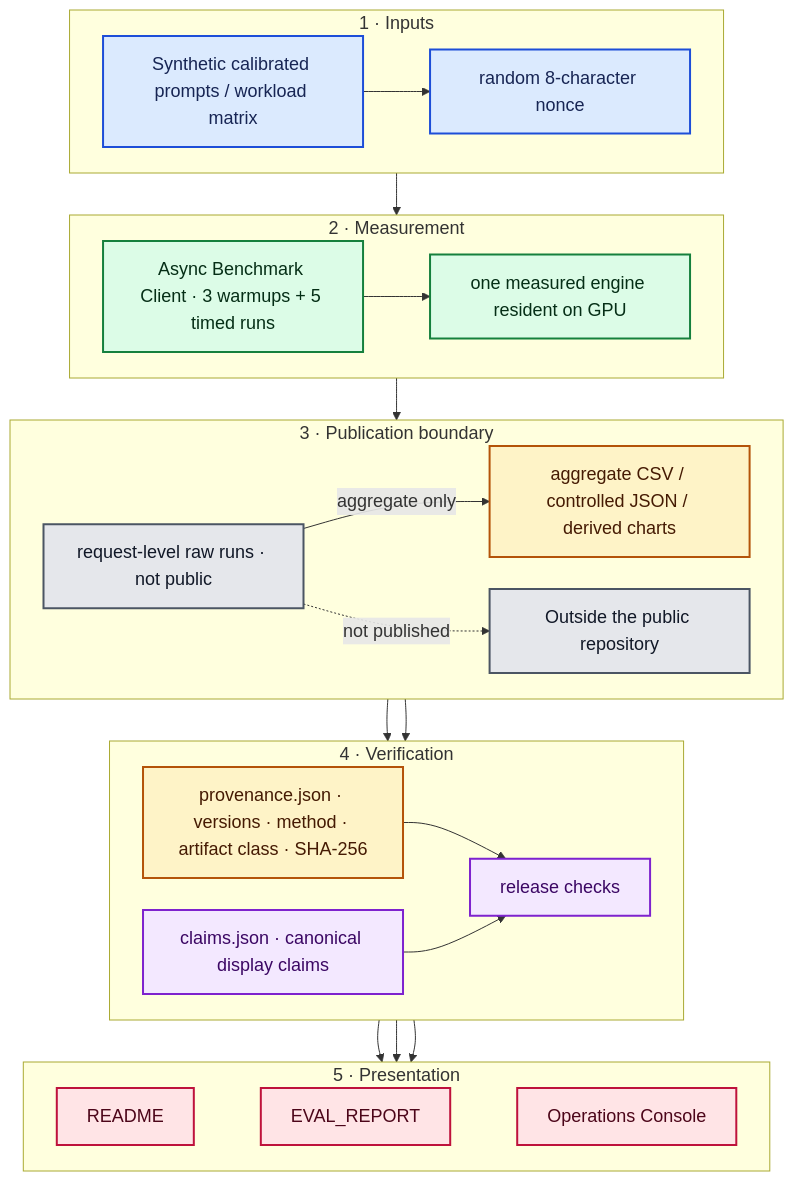
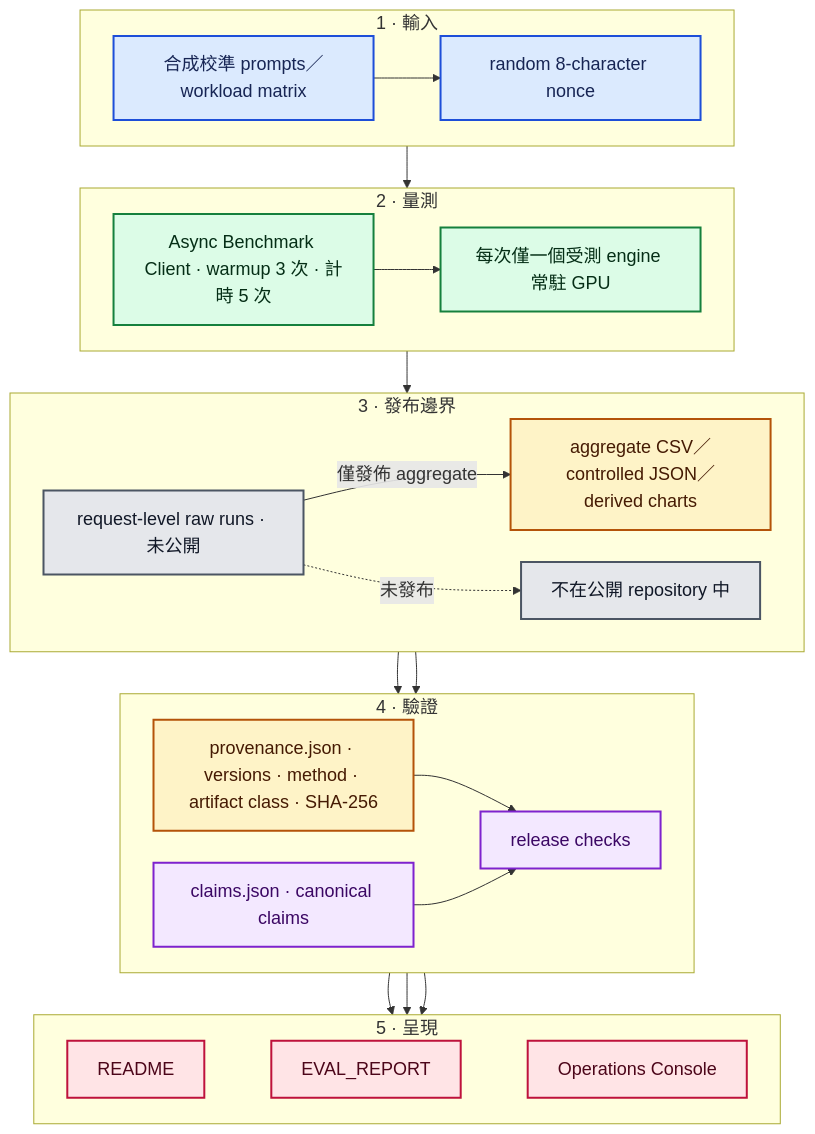
Before and after one commit to kuotunyu/local-inference-bench-gateway: the third of 3 diagrams in README.md, drawn with Mermaid. The commit also changed other lines of this file and 1 other file, not shown here.

Commit message:
docs: localize README diagrams

````diff
--- a/README.md
+++ b/README.md
@@ -115,64 +114,64 @@
 ```mermaid
 %%{init: {"themeVariables": {"fontSize": "18px"}, "flowchart": {"nodeSpacing": 32, "rankSpacing": 42}}}%%
 flowchart TB
-    subgraph Inputs["1 · Inputs"]
+    subgraph Inputs["1 · 輸入"]
         direction LR
-        Workload["Synthetic calibrated prompts / workload matrix"]
+        Workload["合成校準 prompts／workload matrix"]
         Nonce["random 8-character nonce"]
         Workload --> Nonce
     end
 
-    subgraph Measurement["2 · Measurement"]
+    subgraph Measurement["2 · 量測"]
         direction LR
-        Client["Async Benchmark Client · 3 warmups + 5 timed runs"]
-        Resident["one measured engine resident on GPU"]
+        Client["Async Benchmark Client · warmup 3 次 · 計時 5 次"]
+        Resident["每次僅一個受測 engine 常駐 GPU"]
         Client --> Resident
     end
 
-    subgraph Boundary["3 · Publication boundary"]
+    subgraph Boundary["3 · 發布邊界"]
         direction LR
-        Raw["request-level raw runs · not public"]
-        Aggregate["aggregate CSV / controlled JSON / derived charts"]
-        Private["Outside the public repository"]
-        Raw -->|"aggregate only"| Aggregate
-        Raw -. not published .-> Private
+        Raw["request-level raw runs · 未公開"]
+        Aggregate["aggregate CSV／controlled JSON／derived charts"]
+        Private["不在公開 repository 中"]
+        Raw -->|"僅發佈 aggregate"| Aggregate
+        Raw -. 未發布 .-> Private
     end
 
-    subgraph Verification["4 · Verification"]
+    subgraph Verification["4 · 驗證"]
         direction LR
         Provenance["provenance.json · versions · method · artifact class · SHA-256"]
-        Claims["claims.json · canonical display claims"]
+        Claims["claims.json · canonical claims"]
         Checks["release checks"]
         Provenance --> Checks
         Claims --> Checks
     end
 
-    subgraph Presentation["5 · Presentation"]
+    subgraph Presentation["5 · 呈現"]
         direction LR
         Readme["README"]
         Eval["EVAL_REPORT"]
         Console["Operations Console"]
         Readme ~~~ Eval ~~~ Console
     end
 
     Nonce --> Client
     Resident --> Raw
     Aggregate --> Provenance
     Aggregate --> Claims
     Checks --> Readme
     Checks --> Eval
     Checks --> Console
 
     classDef input fill:#DBEAFE,stroke:#1D4ED8,stroke-width:2px,color:#172554;
     classDef measurement fill:#DCFCE7,stroke:#15803D,stroke-width:2px,color:#052E16;
     classDef artifact fill:#FEF3C7,stroke:#B45309,stroke-width:2px,color:#451A03;
     classDef verification fill:#F3E8FF,stroke:#7E22CE,stroke-width:2px,color:#3B0764;
     classDef presentation fill:#FFE4E6,stroke:#BE123C,stroke-width:2px,color:#4C0519;
     classDef unpublished fill:#E5E7EB,stroke:#4B5563,stroke-width:2px,color:#111827;
     class Workload,Nonce input;
     class Client,Resident measurement;
     class Raw,Private unpublished;
     class Aggregate,Provenance artifact;
     class Claims,Checks verification;
     class Readme,Eval,Console presentation;
 ```
````
